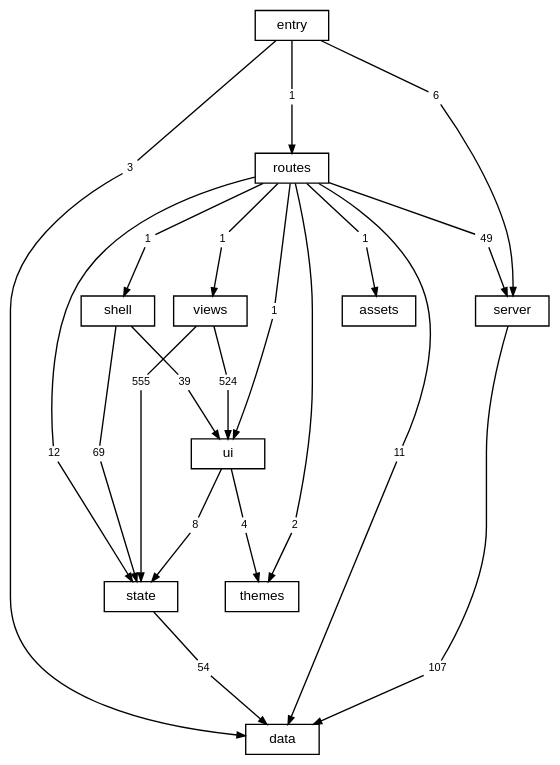
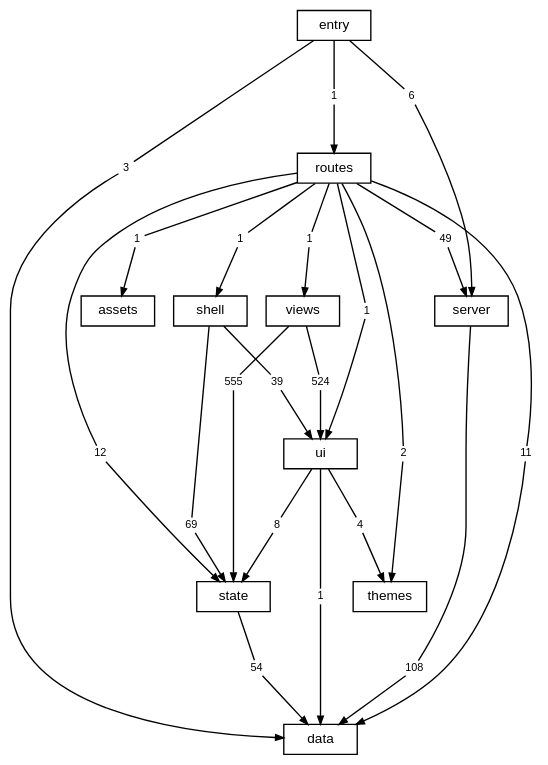
Before and after one commit to TheAxeC/oculus: the diagram in docs/diagrams/layers.dot, drawn with Graphviz. The commit also changed 51 other files, not shown here.

```diff
--- a/docs/diagrams/layers.dot
+++ b/docs/diagrams/layers.dot
@@ -1,72 +1,75 @@
 digraph layers {
     graph [bgcolor="transparent", rankdir=TB, newrank=true, fontname="Helvetica,Arial,sans-serif", fontsize=12, nodesep=0.2, ranksep=0.5];
     node [shape=box, color="black", fontcolor="black", fontname="Helvetica,Arial,sans-serif", fontsize=10, height=0.3, margin="0.12,0.04"];
     edge [color="black", fontcolor="black", fontname="Helvetica,Arial,sans-serif", fontsize=8, arrowsize=0.6];
     "data";
     "server";
     "state";
     "ui";
     "shell";
     "views";
     "themes";
     "routes";
     "src" [label="entry"];
     "files: assets" [label="assets"];
     "routes to data" [label="11", shape=box, color="transparent", fontsize=8, width=0, height=0, margin="0.04,0.02"];
     "routes" -> "routes to data" [arrowhead=none];
     "routes to data" -> "data" [];
     "routes to files: assets" [label="1", shape=box, color="transparent", fontsize=8, width=0, height=0, margin="0.04,0.02"];
     "routes" -> "routes to files: assets" [arrowhead=none];
     "routes to files: assets" -> "files: assets" [];
     "routes to server" [label="49", shape=box, color="transparent", fontsize=8, width=0, height=0, margin="0.04,0.02"];
     "routes" -> "routes to server" [arrowhead=none];
     "routes to server" -> "server" [];
     "routes to shell" [label="1", shape=box, color="transparent", fontsize=8, width=0, height=0, margin="0.04,0.02"];
     "routes" -> "routes to shell" [arrowhead=none];
     "routes to shell" -> "shell" [];
     "routes to state" [label="12", shape=box, color="transparent", fontsize=8, width=0, height=0, margin="0.04,0.02"];
     "routes" -> "routes to state" [arrowhead=none];
     "routes to state" -> "state" [];
     "routes to themes" [label="2", shape=box, color="transparent", fontsize=8, width=0, height=0, margin="0.04,0.02"];
     "routes" -> "routes to themes" [arrowhead=none];
     "routes to themes" -> "themes" [];
     "routes to ui" [label="1", shape=box, color="transparent", fontsize=8, width=0, height=0, margin="0.04,0.02"];
     "routes" -> "routes to ui" [arrowhead=none];
     "routes to ui" -> "ui" [];
     "routes to views" [label="1", shape=box, color="transparent", fontsize=8, width=0, height=0, margin="0.04,0.02"];
     "routes" -> "routes to views" [arrowhead=none];
     "routes to views" -> "views" [];
-    "server to data" [label="107", shape=box, color="transparent", fontsize=8, width=0, height=0, margin="0.04,0.02"];
+    "server to data" [label="108", shape=box, color="transparent", fontsize=8, width=0, height=0, margin="0.04,0.02"];
     "server" -> "server to data" [arrowhead=none];
     "server to data" -> "data" [];
     "shell to state" [label="69", shape=box, color="transparent", fontsize=8, width=0, height=0, margin="0.04,0.02"];
     "shell" -> "shell to state" [arrowhead=none];
     "shell to state" -> "state" [];
     "shell to ui" [label="39", shape=box, color="transparent", fontsize=8, width=0, height=0, margin="0.04,0.02"];
     "shell" -> "shell to ui" [arrowhead=none];
     "shell to ui" -> "ui" [];
     "src to data" [label="3", shape=box, color="transparent", fontsize=8, width=0, height=0, margin="0.04,0.02"];
     "src" -> "src to data" [arrowhead=none];
     "src to data" -> "data" [];
     "src to routes" [label="1", shape=box, color="transparent", fontsize=8, width=0, height=0, margin="0.04,0.02"];
     "src" -> "src to routes" [arrowhead=none];
     "src to routes" -> "routes" [];
     "src to server" [label="6", shape=box, color="transparent", fontsize=8, width=0, height=0, margin="0.04,0.02"];
     "src" -> "src to server" [arrowhead=none];
     "src to server" -> "server" [];
     "state to data" [label="54", shape=box, color="transparent", fontsize=8, width=0, height=0, margin="0.04,0.02"];
     "state" -> "state to data" [arrowhead=none];
     "state to data" -> "data" [];
+    "ui to data" [label="1", shape=box, color="transparent", fontsize=8, width=0, height=0, margin="0.04,0.02"];
+    "ui" -> "ui to data" [arrowhead=none];
+    "ui to data" -> "data" [];
     "ui to state" [label="8", shape=box, color="transparent", fontsize=8, width=0, height=0, margin="0.04,0.02"];
     "ui" -> "ui to state" [arrowhead=none];
     "ui to state" -> "state" [];
     "ui to themes" [label="4", shape=box, color="transparent", fontsize=8, width=0, height=0, margin="0.04,0.02"];
     "ui" -> "ui to themes" [arrowhead=none];
     "ui to themes" -> "themes" [];
     "views to state" [label="555", shape=box, color="transparent", fontsize=8, width=0, height=0, margin="0.04,0.02"];
     "views" -> "views to state" [arrowhead=none];
     "views to state" -> "state" [];
     "views to ui" [label="524", shape=box, color="transparent", fontsize=8, width=0, height=0, margin="0.04,0.02"];
     "views" -> "views to ui" [arrowhead=none];
     "views to ui" -> "ui" [];
 }
```
